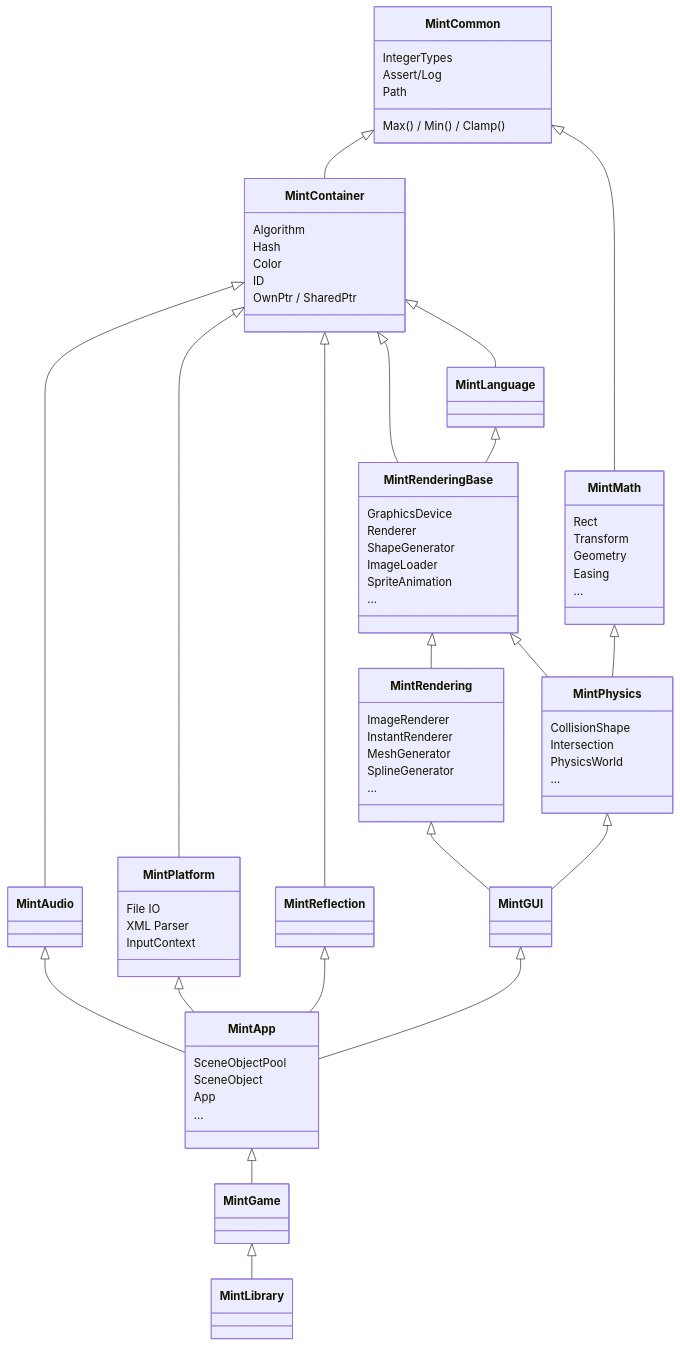
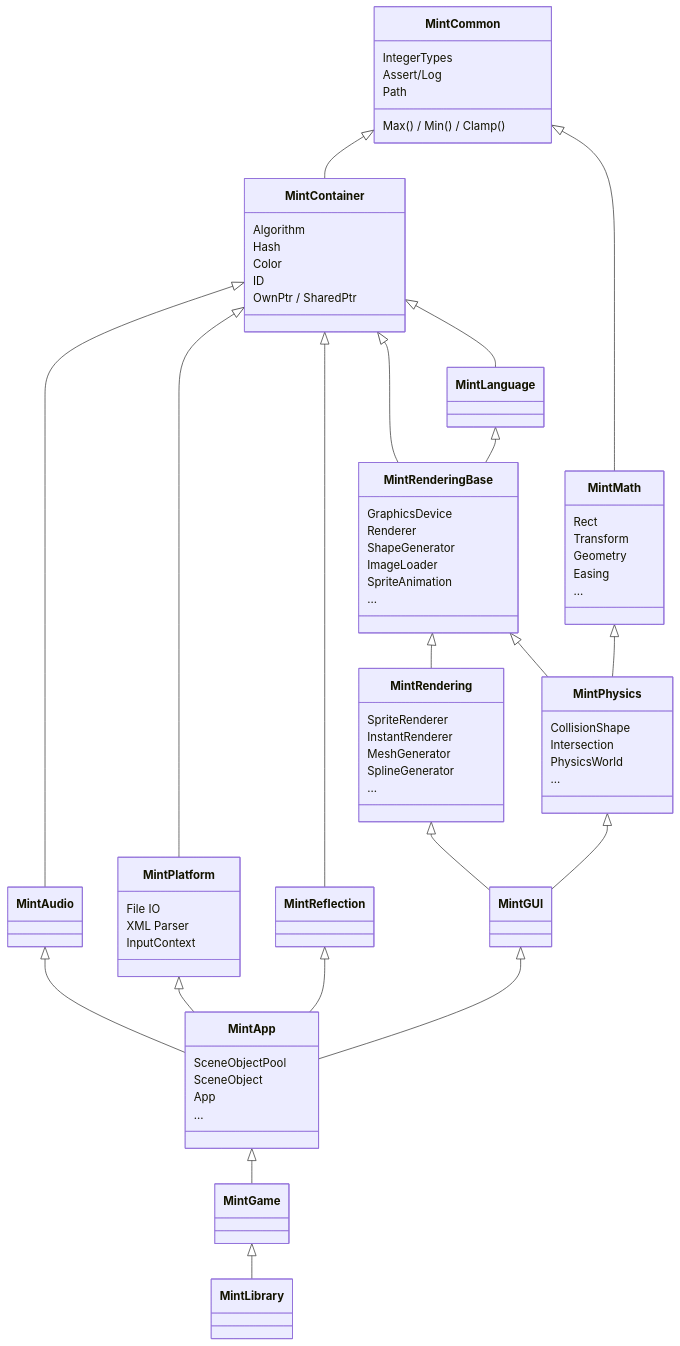
Before and after one commit to principal6/MintLibrary: the diagram in MintCommon/LibraryStructure.md, drawn with Mermaid. The commit also changed 9 other files, not shown here.

Commit message:
renamed ImageRenderer to SpriteRenderer

```diff
--- a/MintCommon/LibraryStructure.md
+++ b/MintCommon/LibraryStructure.md
@@ -63,7 +63,7 @@
         ...
     }
     class MintRendering{
-        ImageRenderer
+        SpriteRenderer
         InstantRenderer
         MeshGenerator
         SplineGenerator
```
